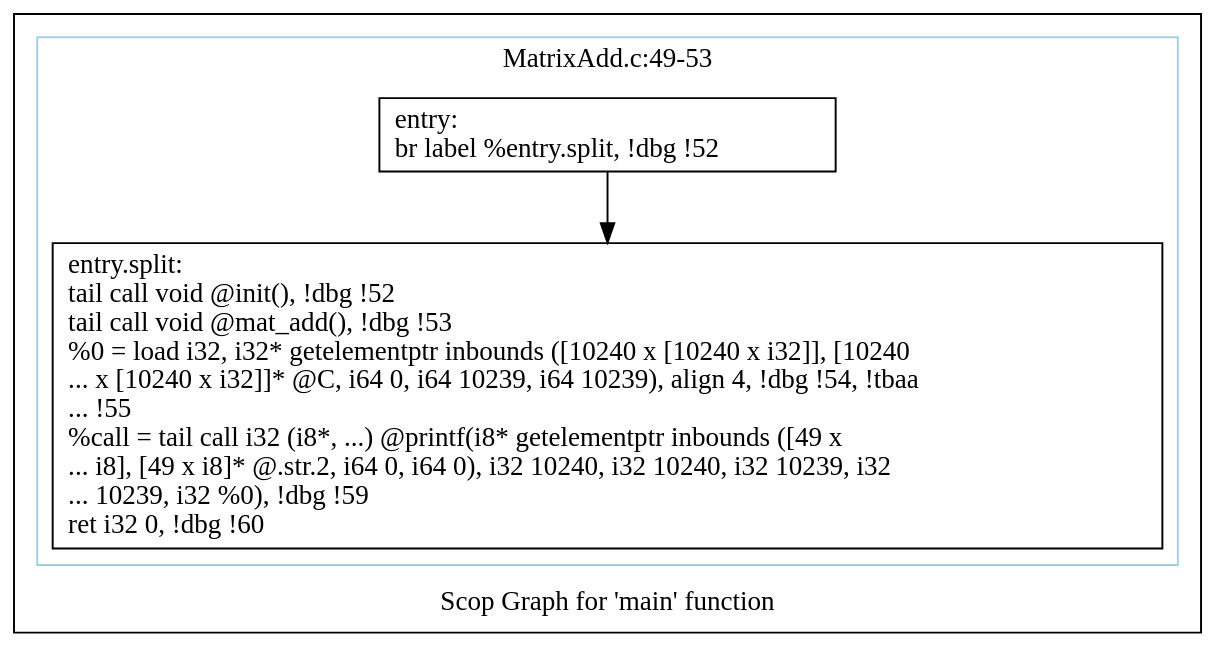
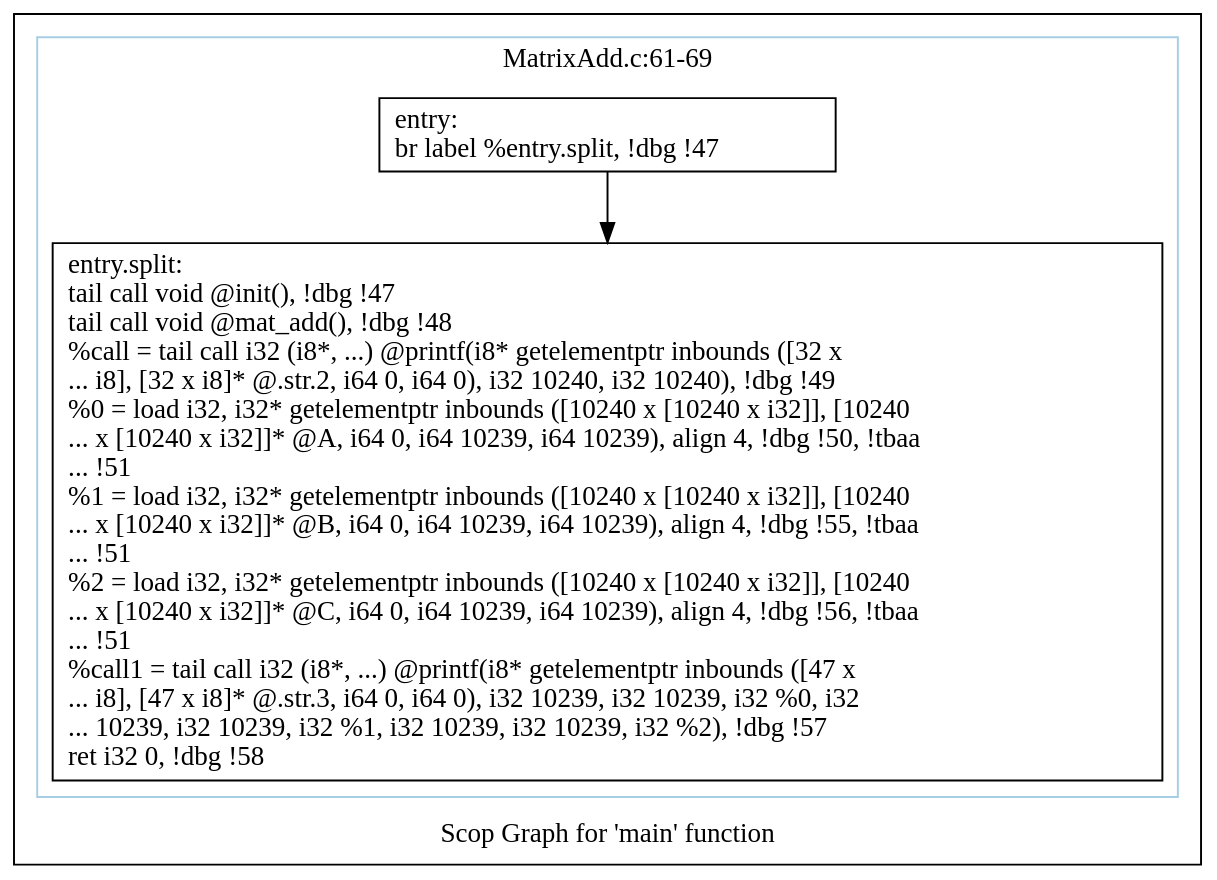
One commit to samminweng/WhileyOpenCL changed the diagram in polly/MatrixAdd/impl/handwritten/dot/scops.main.dot. Above: the diagram before and after it, drawn with Graphviz. The commit also changed 25 other files, not shown here.

```diff
--- a/polly/MatrixAdd/impl/handwritten/dot/scops.main.dot
+++ b/polly/MatrixAdd/impl/handwritten/dot/scops.main.dot
@@ -1,16 +1,16 @@
 digraph "Scop Graph for 'main' function" {
 	label="Scop Graph for 'main' function";
 
-	Node0x9ef81a0 [shape=record,label="{entry:\l  br label %entry.split, !dbg !52\l}"];
-	Node0x9ef81a0 -> Node0x9e9ee10;
-	Node0x9e9ee10 [shape=record,label="{entry.split:                                      \l  tail call void @init(), !dbg !52\l  tail call void @mat_add(), !dbg !53\l  %0 = load i32, i32* getelementptr inbounds ([10240 x [10240 x i32]], [10240\l... x [10240 x i32]]* @C, i64 0, i64 10239, i64 10239), align 4, !dbg !54, !tbaa\l... !55\l  %call = tail call i32 (i8*, ...) @printf(i8* getelementptr inbounds ([49 x\l... i8], [49 x i8]* @.str.2, i64 0, i64 0), i32 10240, i32 10240, i32 10239, i32\l... 10239, i32 %0), !dbg !59\l  ret i32 0, !dbg !60\l}"];
+	Node0xa0b46a0 [shape=record,label="{entry:\l  br label %entry.split, !dbg !47\l}"];
+	Node0xa0b46a0 -> Node0xa145d50;
+	Node0xa145d50 [shape=record,label="{entry.split:                                      \l  tail call void @init(), !dbg !47\l  tail call void @mat_add(), !dbg !48\l  %call = tail call i32 (i8*, ...) @printf(i8* getelementptr inbounds ([32 x\l... i8], [32 x i8]* @.str.2, i64 0, i64 0), i32 10240, i32 10240), !dbg !49\l  %0 = load i32, i32* getelementptr inbounds ([10240 x [10240 x i32]], [10240\l... x [10240 x i32]]* @A, i64 0, i64 10239, i64 10239), align 4, !dbg !50, !tbaa\l... !51\l  %1 = load i32, i32* getelementptr inbounds ([10240 x [10240 x i32]], [10240\l... x [10240 x i32]]* @B, i64 0, i64 10239, i64 10239), align 4, !dbg !55, !tbaa\l... !51\l  %2 = load i32, i32* getelementptr inbounds ([10240 x [10240 x i32]], [10240\l... x [10240 x i32]]* @C, i64 0, i64 10239, i64 10239), align 4, !dbg !56, !tbaa\l... !51\l  %call1 = tail call i32 (i8*, ...) @printf(i8* getelementptr inbounds ([47 x\l... i8], [47 x i8]* @.str.3, i64 0, i64 0), i32 10239, i32 10239, i32 %0, i32\l... 10239, i32 10239, i32 %1, i32 10239, i32 10239, i32 %2), !dbg !57\l  ret i32 0, !dbg !58\l}"];
 	colorscheme = "paired12"
-        subgraph cluster_0x9e1d0e0 {
-          label = "MatrixAdd.c:49-53
+        subgraph cluster_0xa0aed40 {
+          label = "MatrixAdd.c:61-69
 ";
           style = solid;
           color = 1
-          Node0x9ef81a0;
-          Node0x9e9ee10;
+          Node0xa0b46a0;
+          Node0xa145d50;
         }
 }
```
